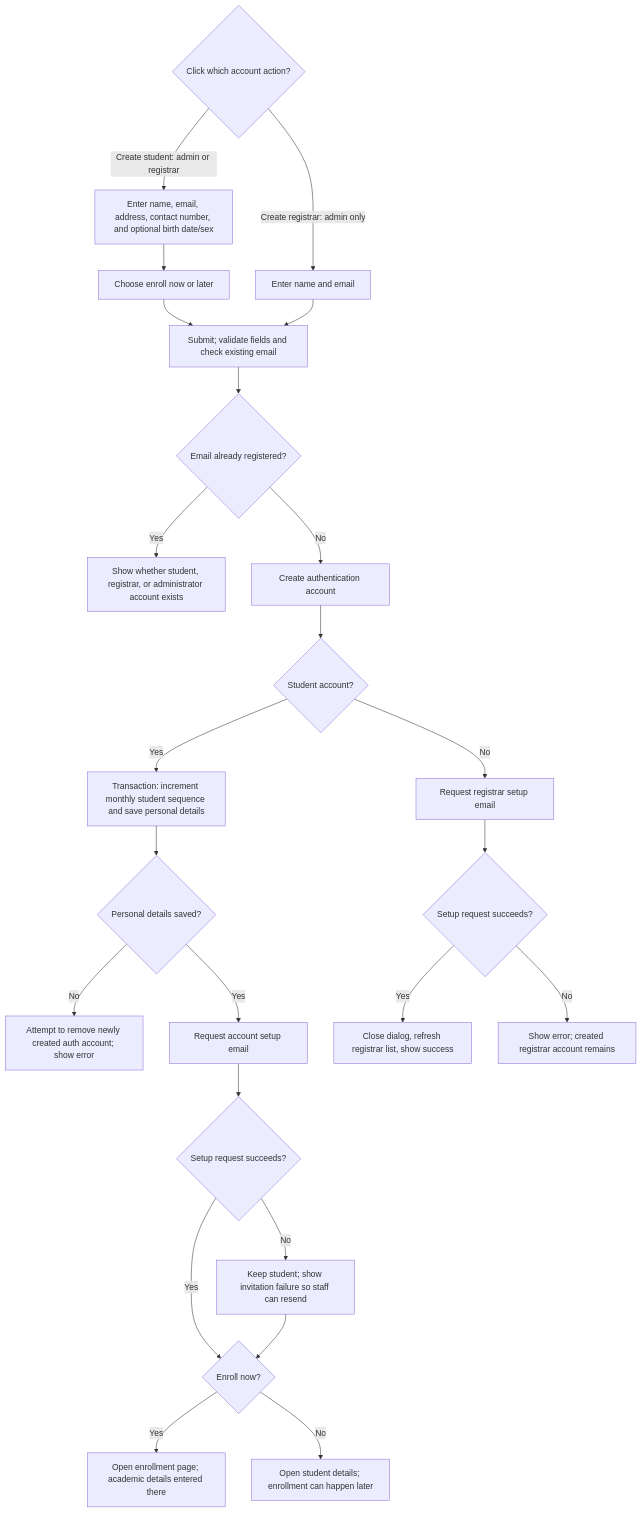
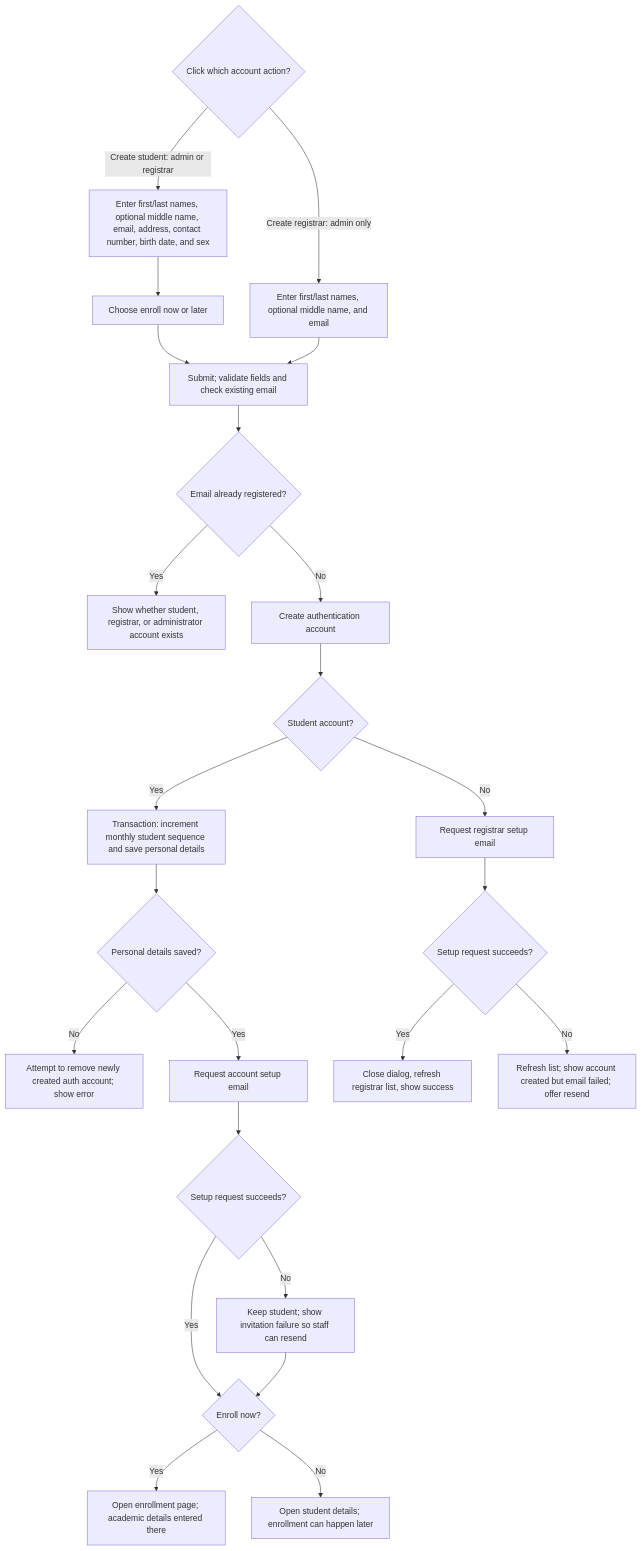
One commit to AetherKnowledge/enrollment-system changed the second of 18 diagrams in docs/system-flows.md. Above: the diagram before and after it, drawn with Mermaid. The commit also changed other lines of this file and 38 other files, not shown here.

````diff
--- a/docs/system-flows.md
+++ b/docs/system-flows.md
@@ -97,27 +97,27 @@
 ```mermaid
 flowchart TD
     Start{Click which account action?}
-    Start -->|Create student: admin or registrar| StudentForm[Enter name, email, address, contact number, and optional birth date/sex]
-    Start -->|Create registrar: admin only| RegistrarForm[Enter name and email]
+    Start -->|Create student: admin or registrar| StudentForm[Enter first/last names, optional middle name, email, address, contact number, birth date, and sex]
+    Start -->|Create registrar: admin only| RegistrarForm[Enter first/last names, optional middle name, and email]
     StudentForm --> Timing[Choose enroll now or later]
     Timing --> Validate[Submit; validate fields and check existing email]
     RegistrarForm --> Validate
     Validate --> Exists{Email already registered?}
     Exists -->|Yes| Duplicate[Show whether student, registrar, or administrator account exists]
     Exists -->|No| Create[Create authentication account]
     Create --> Type{Student account?}
     Type -->|Yes| Personal[Transaction: increment monthly student sequence and save personal details]
     Personal --> Saved{Personal details saved?}
     Saved -->|No| Cleanup[Attempt to remove newly created auth account; show error]
     Saved -->|Yes| Invite[Request account setup email]
     Invite --> Delivery{Setup request succeeds?}
     Delivery -->|No| Keep[Keep student; show invitation failure so staff can resend]
     Delivery -->|Yes| Route{Enroll now?}
     Keep --> Route
     Route -->|Yes| Enrollment[Open enrollment page; academic details entered there]
     Route -->|No| Details[Open student details; enrollment can happen later]
     Type -->|No| RegistrarInvite[Request registrar setup email]
     RegistrarInvite --> RegistrarSent{Setup request succeeds?}
     RegistrarSent -->|Yes| RegistrarList[Close dialog, refresh registrar list, show success]
-    RegistrarSent -->|No| RegistrarError[Show error; created registrar account remains]
+    RegistrarSent -->|No| RegistrarError[Refresh list; show account created but email failed; offer resend]
 ```
````
